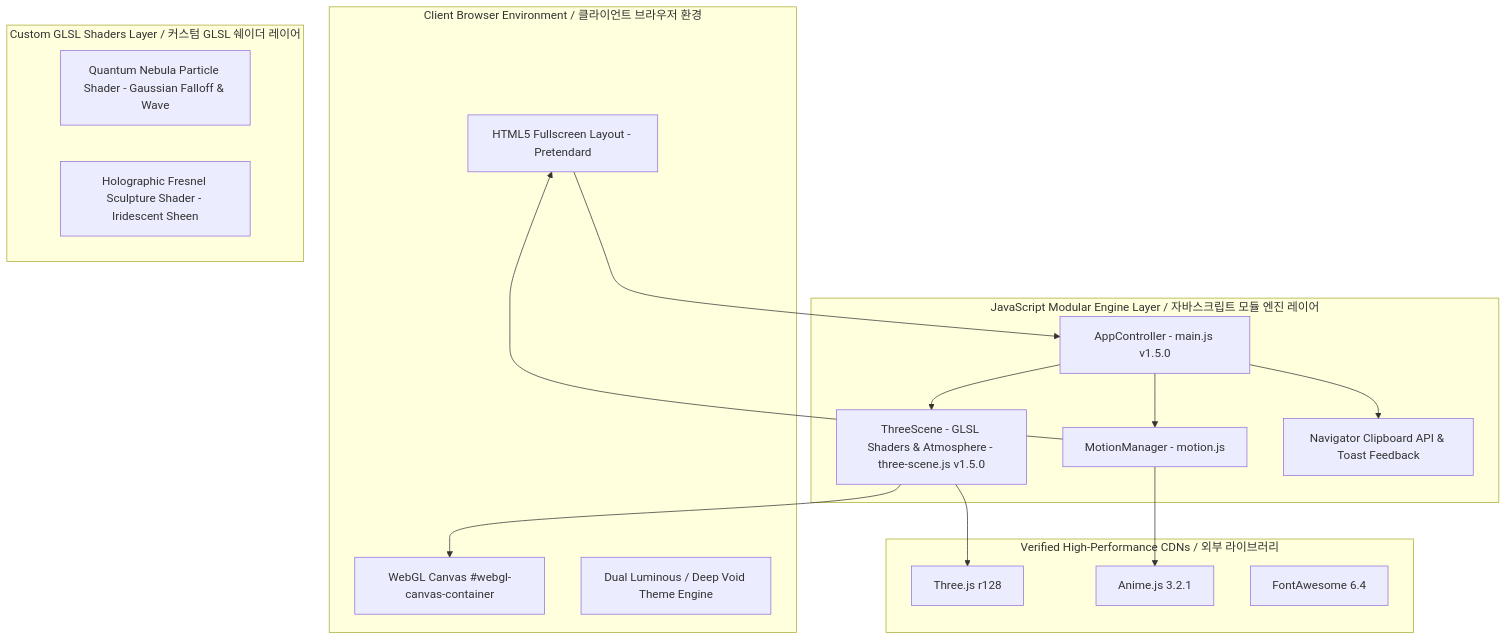
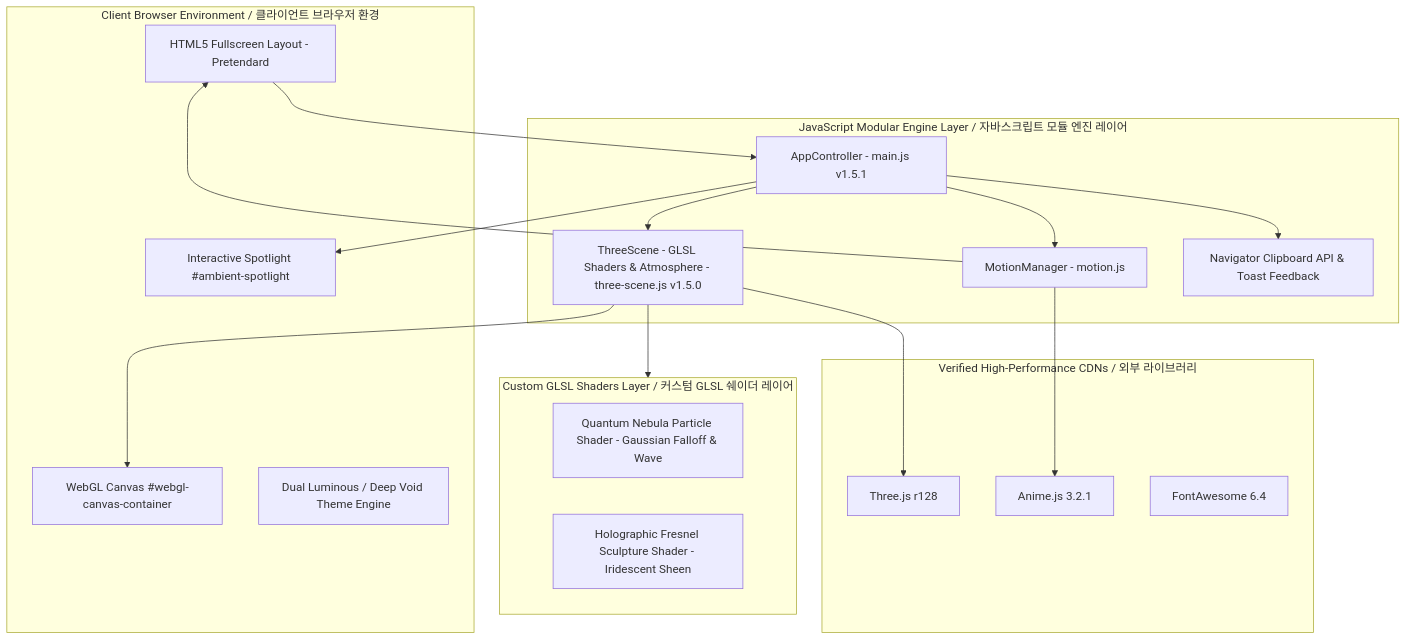
Before and after one commit to Studio-Chorok/Studio-Chorok.github.io: the diagram in STRUCTURE.md, drawn with Mermaid. The commit also changed other lines of this file and 7 other files, not shown here.

Commit message:
feat: add interactive ambient spotlight and update documentation v1.5.1

````diff
--- a/STRUCTURE.md
+++ b/STRUCTURE.md
@@ -35,37 +35,40 @@
 ```mermaid
 graph TD
     subgraph ClientBrowser [Client Browser Environment / 클라이언트 브라우저 환경]
         DOM[HTML5 Fullscreen Layout - Pretendard]
         CanvasWebGL[WebGL Canvas #webgl-canvas-container]
+        Spotlight[Interactive Spotlight #ambient-spotlight]
         ThemeLayer[Dual Luminous / Deep Void Theme Engine]
     end
 
     subgraph CoreEngine [JavaScript Modular Engine Layer / 자바스크립트 모듈 엔진 레이어]
-        AppCtrl[AppController - main.js v1.5.0]
+        AppCtrl[AppController - main.js v1.5.1]
         ThreeEng[ThreeScene - GLSL Shaders & Atmosphere - three-scene.js v1.5.0]
         MotionEng[MotionManager - motion.js]
         Clipboard[Navigator Clipboard API & Toast Feedback]
     end
 
     subgraph Shaders [Custom GLSL Shaders Layer / 커스텀 GLSL 쉐이더 레이어]
         ParticleShader[Quantum Nebula Particle Shader - Gaussian Falloff & Wave]
         SculptureShader[Holographic Fresnel Sculpture Shader - Iridescent Sheen]
     end
 
     subgraph ExternalLibraries [Verified High-Performance CDNs / 외부 라이브러리]
         ThreeJS[Three.js r128]
         AnimeJS[Anime.js 3.2.1]
         FontAwesome[FontAwesome 6.4]
     end
 
     DOM --> AppCtrl
     AppCtrl --> ThreeEng
     AppCtrl --> MotionEng
     AppCtrl --> Clipboard
+    AppCtrl --> Spotlight
     
     ThreeEng --> ThreeJS
     ThreeEng --> CanvasWebGL
+    ThreeEng --> Shaders
     
     MotionEng --> AnimeJS
     MotionEng --> DOM
 ```
````
